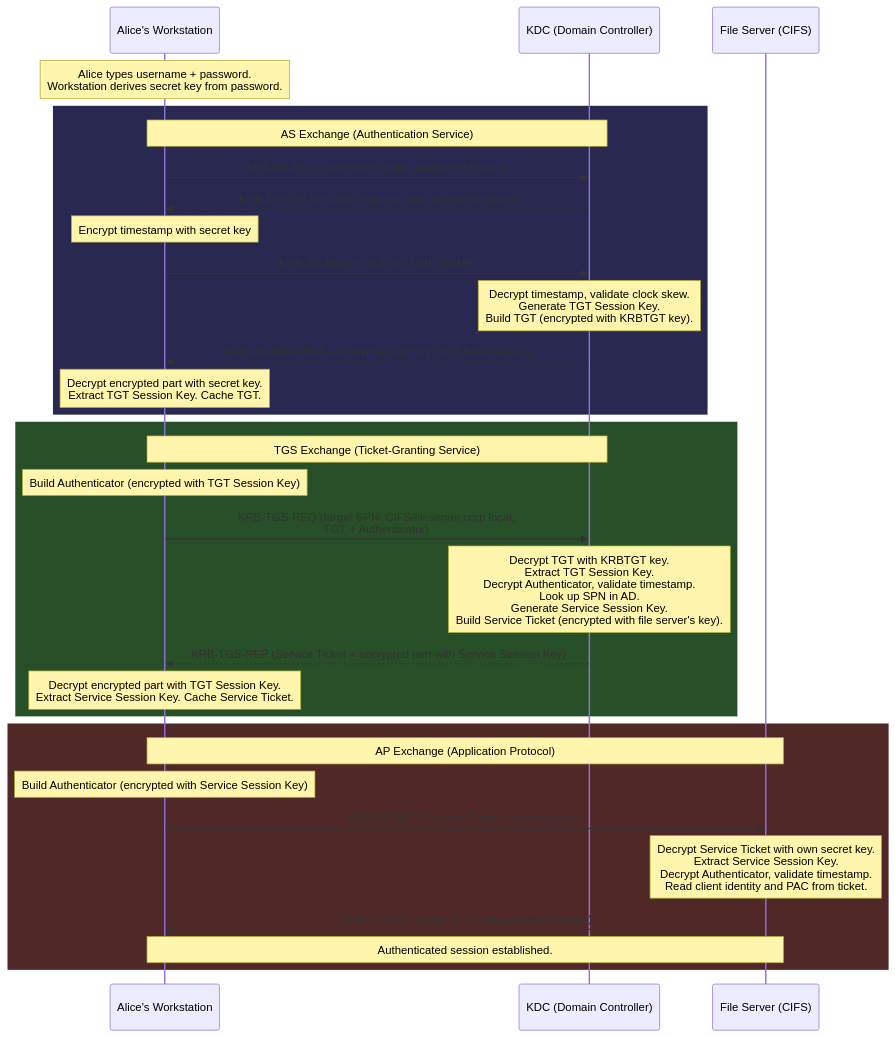
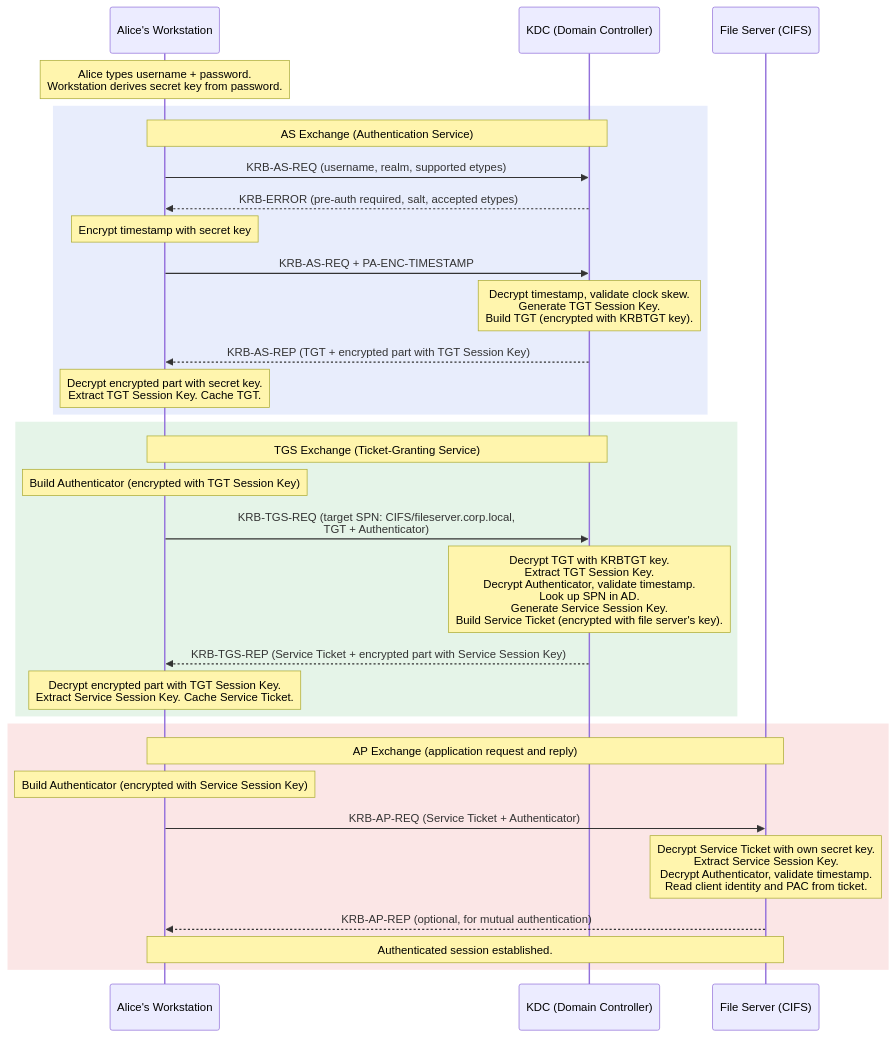
Before and after one commit to StrongWind1/Kerberos: the diagram in content/protocol/overview.md, drawn with Mermaid. The commit also changed other lines of this file and 117 other files, not shown here.

````diff
--- a/content/protocol/overview.md
+++ b/content/protocol/overview.md
@@ -166,37 +175,37 @@
 ```mermaid
 sequenceDiagram
     participant A as Alice's Workstation
     participant KDC as KDC (Domain Controller)
     participant S as File Server (CIFS)
 
     Note over A: Alice types username + password.<br/>Workstation derives secret key from password.
 
-    rect rgb(40, 40, 80)
+    rect rgba(65, 105, 225, 0.12)
     Note over A,KDC: AS Exchange (Authentication Service)
     A->>KDC: KRB-AS-REQ (username, realm, supported etypes)
     KDC-->>A: KRB-ERROR (pre-auth required, salt, accepted etypes)
     Note over A: Encrypt timestamp with secret key
     A->>KDC: KRB-AS-REQ + PA-ENC-TIMESTAMP
     Note over KDC: Decrypt timestamp, validate clock skew.<br/>Generate TGT Session Key.<br/>Build TGT (encrypted with KRBTGT key).
     KDC-->>A: KRB-AS-REP (TGT + encrypted part with TGT Session Key)
     Note over A: Decrypt encrypted part with secret key.<br/>Extract TGT Session Key. Cache TGT.
     end
 
-    rect rgb(40, 80, 40)
+    rect rgba(46, 160, 67, 0.12)
     Note over A,KDC: TGS Exchange (Ticket-Granting Service)
     Note over A: Build Authenticator (encrypted with TGT Session Key)
     A->>KDC: KRB-TGS-REQ (target SPN: CIFS/fileserver.corp.local,<br/>TGT + Authenticator)
     Note over KDC: Decrypt TGT with KRBTGT key.<br/>Extract TGT Session Key.<br/>Decrypt Authenticator, validate timestamp.<br/>Look up SPN in AD.<br/>Generate Service Session Key.<br/>Build Service Ticket (encrypted with file server's key).
     KDC-->>A: KRB-TGS-REP (Service Ticket + encrypted part with Service Session Key)
     Note over A: Decrypt encrypted part with TGT Session Key.<br/>Extract Service Session Key. Cache Service Ticket.
     end
 
-    rect rgb(80, 40, 40)
-    Note over A,S: AP Exchange (Application Protocol)
+    rect rgba(218, 54, 51, 0.12)
+    Note over A,S: AP Exchange (application request and reply)
     Note over A: Build Authenticator (encrypted with Service Session Key)
     A->>S: KRB-AP-REQ (Service Ticket + Authenticator)
     Note over S: Decrypt Service Ticket with own secret key.<br/>Extract Service Session Key.<br/>Decrypt Authenticator, validate timestamp.<br/>Read client identity and PAC from ticket.
     S-->>A: KRB-AP-REP (optional, for mutual authentication)
     Note over A,S: Authenticated session established.
     end
 ```
````
